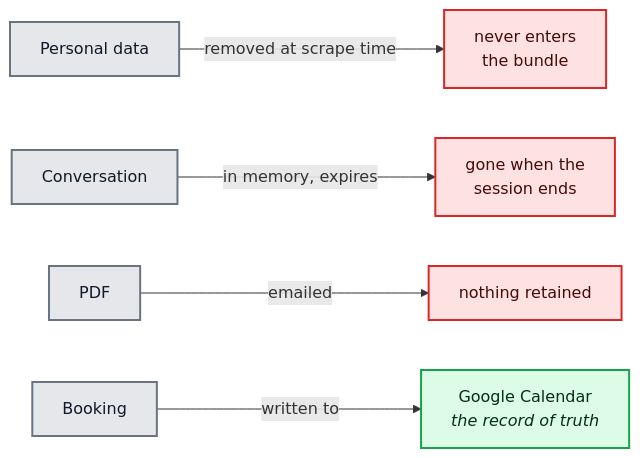
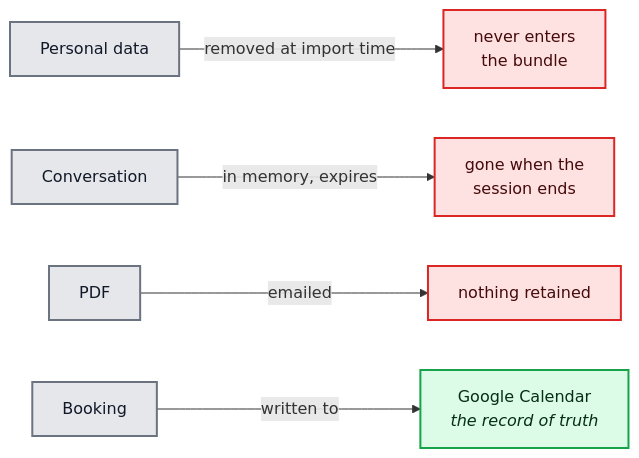
One commit to KarthikBattaram19/Capstone_Project_Next_Leap changed the eighth of 22 diagrams in Docs/Architecture.md. Above: the diagram before and after it, drawn with Mermaid. The commit also changed other lines of this file and 11 other files, not shown here.

First line of the commit message:
docs: switch the listing source to the supplied spreadsheet; add balconies and parking_available to the schema

````diff
--- a/Docs/Architecture.md
+++ b/Docs/Architecture.md
@@ -378,14 +378,14 @@
 ```mermaid
 flowchart LR
-    A["Personal data"] -->|"removed at scrape time"| A2["never enters<br/>the bundle"]
+    A["Personal data"] -->|"removed at import time"| A2["never enters<br/>the bundle"]
     B["Conversation"] -->|"in memory, expires"| B2["gone when the<br/>session ends"]
     C["PDF"] -->|"emailed"| C2["nothing retained"]
     D["Booking"] -->|"written to"| D2["Google Calendar<br/><i>the record of truth</i>"]
 
     classDef gone fill:#fee2e2,stroke:#dc2626,stroke-width:2px,color:#450a0a
     classDef kept fill:#dcfce7,stroke:#16a34a,stroke-width:2px,color:#052e16
     classDef src fill:#e5e7eb,stroke:#6b7280,stroke-width:2px,color:#111827
     class A,B,C,D src
     class A2,B2,C2 gone
     class D2 kept
 ```
````
